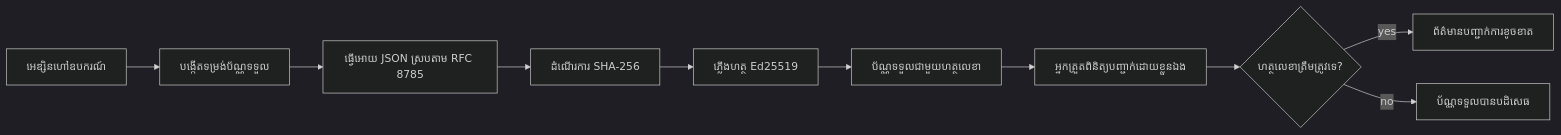
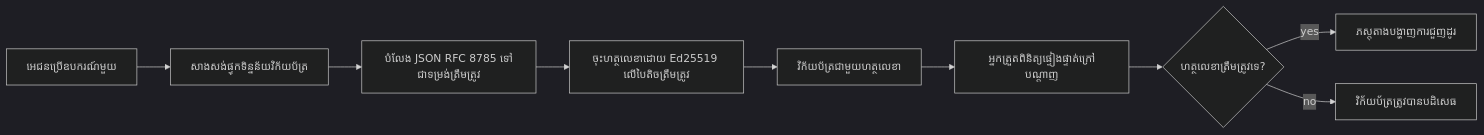
The first of 2 diagrams in mirrors/repos/microsoft@ai-agents-for-beginners/translations/km/18-securing-ai-agents/README.md (gabrielmoreira/agent-skills-mirror), drawn with Mermaid (dark theme) before and after one commit. The commit also changed other lines of this file and 4262 other files, not shown here.

````diff
--- a/mirrors/repos/microsoft@ai-agents-for-beginners/translations/km/18-securing-ai-agents/README.md
+++ b/mirrors/repos/microsoft@ai-agents-for-beginners/translations/km/18-securing-ai-agents/README.md
@@ -51,12 +51,11 @@
 ```mermaid
 flowchart LR
-    A[អេឌ្សិនហៅឧបករណ៍] --> B[បង្កើតទម្រង់ប័ណ្ណទទួល]
-    B --> C[ធ្វើអោយ JSON ស្របតាម RFC 8785]
-    C --> D[ដំណើរការ SHA-256]
-    D --> E[ភ្លើងហត្ថ Ed25519]
-    E --> F[ប័ណ្ណទទួលជាមួយហត្ថលេខា]
-    F --> G[អ្នកត្រួតពិនិត្យបញ្ជាក់ដោយខ្លួនឯង]
+    A[អេជនប្រើឧបករណ៍មួយ] --> B[សាងសង់ផ្ទុកទិន្នន័យវិក័យប័ត្រ]
+    B --> C[បំលែង JSON RFC 8785 ទៅជាទម្រង់ត្រឹមត្រូវ]
+    C --> E[ចុះហត្ថលេខាដោយ Ed25519 លើបៃតិចត្រឹមត្រូវ]
+    E --> F[វិក័យប័ត្រជាមួយហត្ថលេខា]
+    F --> G[អ្នកត្រួតពិនិត្យផ្ទៀងផ្ទាត់ក្រៅបណ្ដាញ]
     G --> H{ហត្ថលេខាត្រឹមត្រូវទេ?}
-    H -- yes --> I[ព័ត៌មានបញ្ជាក់ការខូចខាត]
-    H -- no --> J[ប័ណ្ណទទួលបានបដិសេធ]
+    H -- yes --> I[ភស្តុតាងបង្ហាញការជួញដូរ]
+    H -- no --> J[វិក័យប័ត្រត្រូវបានបដិសេធ]
 ```
````
